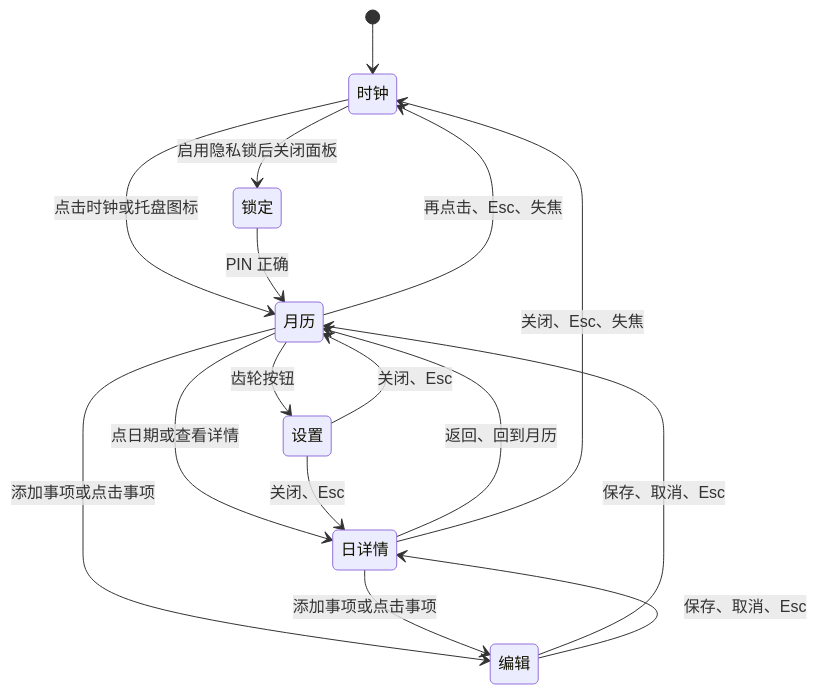
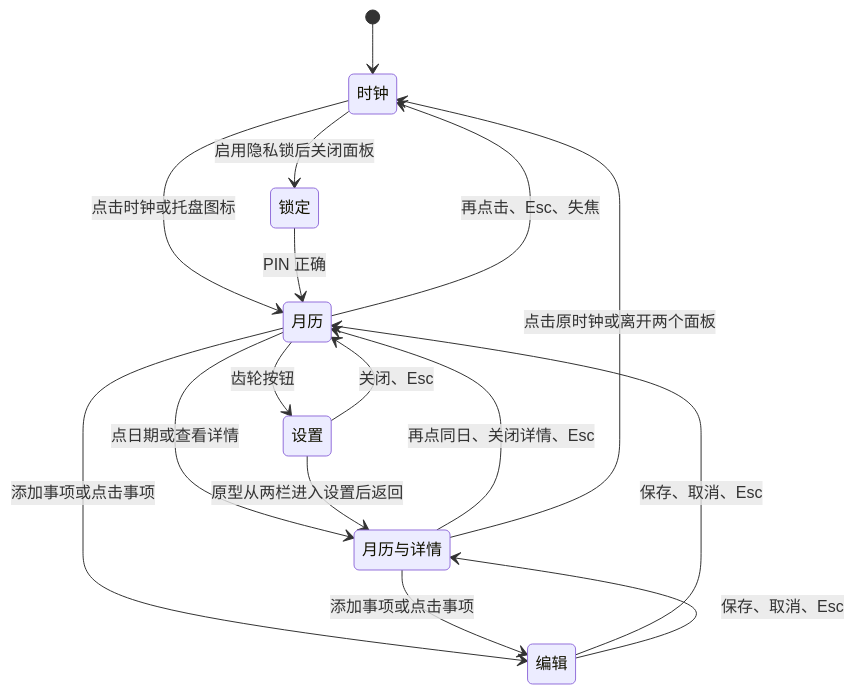
Before and after one commit to hiven425/yxrl: the diagram in docs/interaction-spec.md, drawn with Mermaid. The commit also changed other lines of this file and 16 other files, not shown here.

````diff
--- a/docs/interaction-spec.md
+++ b/docs/interaction-spec.md
@@ -17,18 +17,18 @@
 ```mermaid
 stateDiagram-v2
     [*] --> 时钟
     时钟 --> 月历: 点击时钟或托盘图标
     月历 --> 时钟: 再点击、Esc、失焦
-    月历 --> 日详情: 点日期或查看详情
-    日详情 --> 月历: 返回、回到月历
-    日详情 --> 时钟: 关闭、Esc、失焦
+    月历 --> 月历与详情: 点日期或查看详情
+    月历与详情 --> 月历: 再点同日、关闭详情、Esc
+    月历与详情 --> 时钟: 点击原时钟或离开两个面板
     月历 --> 编辑: 添加事项或点击事项
-    日详情 --> 编辑: 添加事项或点击事项
+    月历与详情 --> 编辑: 添加事项或点击事项
     编辑 --> 月历: 保存、取消、Esc
-    编辑 --> 日详情: 保存、取消、Esc
+    编辑 --> 月历与详情: 保存、取消、Esc
     月历 --> 设置: 齿轮按钮
     设置 --> 月历: 关闭、Esc
-    设置 --> 日详情: 关闭、Esc
+    设置 --> 月历与详情: 原型从两栏进入设置后返回
     时钟 --> 锁定: 启用隐私锁后关闭面板
     锁定 --> 月历: PIN 正确
 ```
````
